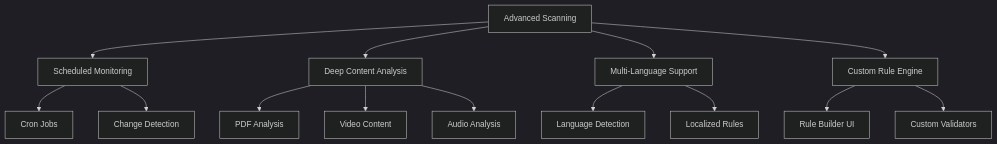
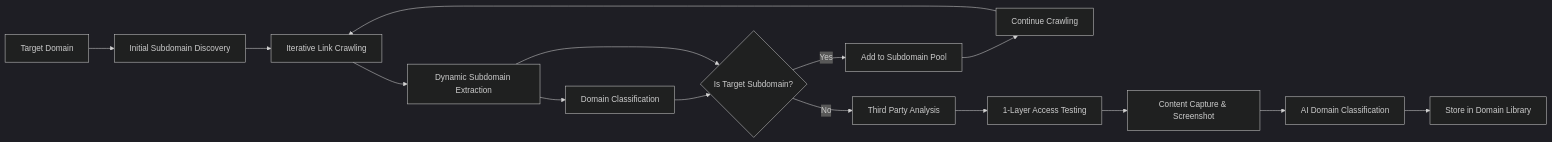
Before and after one commit to laishouchao/ai-content-security: the fourth of 11 diagrams in .qoder/quests/project-analysis-optimization.md, drawn with Mermaid (dark theme). The commit also changed other lines of this file and 56 other files, not shown here.

````diff
--- a/.qoder/quests/project-analysis-optimization.md
+++ b/.qoder/quests/project-analysis-optimization.md
@@ -154,20 +298,17 @@
 ```mermaid
-graph TD
-    A[Advanced Scanning] --> B[Scheduled Monitoring]
-    A --> C[Deep Content Analysis]
-    A --> D[Multi-Language Support]
-    A --> E[Custom Rule Engine]
-    
-    B --> B1[Cron Jobs]
-    B --> B2[Change Detection]
-    
-    C --> C1[PDF Analysis]
-    C --> C2[Video Content]
-    C --> C3[Audio Analysis]
-    
-    D --> D1[Language Detection]
-    D --> D2[Localized Rules]
-    
-    E --> E1[Rule Builder UI]
-    E --> E2[Custom Validators]
+flowchart LR
+    A[Target Domain] --> B[Initial Subdomain Discovery]
+    B --> C[Iterative Link Crawling]
+    C --> D[Dynamic Subdomain Extraction]
+    D --> E[Domain Classification]
+    E --> F{Is Target Subdomain?}
+    F -->|Yes| G[Add to Subdomain Pool]
+    F -->|No| H[Third Party Analysis]
+    G --> I[Continue Crawling]
+    H --> J[1-Layer Access Testing]
+    J --> K[Content Capture & Screenshot]
+    K --> L[AI Domain Classification]
+    L --> M[Store in Domain Library]
+    I --> C
+    D --> F
 ```
````
